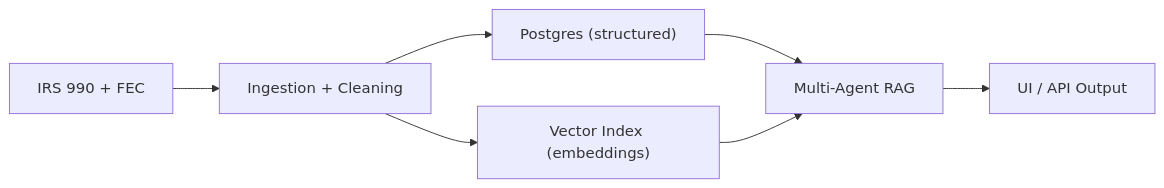
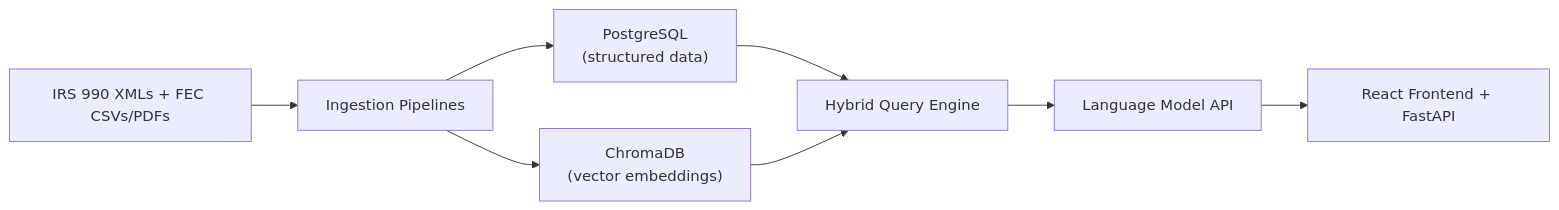
Before and after one commit to saimanikantabattula/capstone-group2-investigative-rag: the first of 2 diagrams in README.md, drawn with Mermaid. The commit also changed other lines of this file, not shown here.

````diff
--- a/README.md
+++ b/README.md
@@ -11,9 +29,10 @@
 ```mermaid
 flowchart LR
-  DS["IRS 990 + FEC"] --> ING["Ingestion + Cleaning"]
-  ING --> PG["Postgres (structured)"]
-  ING --> VDB["Vector Index (embeddings)"]
-  PG --> RAG["Multi-Agent RAG"]
-  VDB --> RAG
-  RAG --> UI["UI / API Output"]
+  DS["IRS 990 XMLs + FEC CSVs/PDFs"] --> ING["Ingestion Pipelines"]
+  ING --> PG["PostgreSQL\n(structured data)"]
+  ING --> VDB["ChromaDB\n(vector embeddings)"]
+  PG --> HYB["Hybrid Query Engine"]
+  VDB --> HYB
+  HYB --> LLM["Language Model API"]
+  LLM --> UI["React Frontend + FastAPI"]
 ```
````
